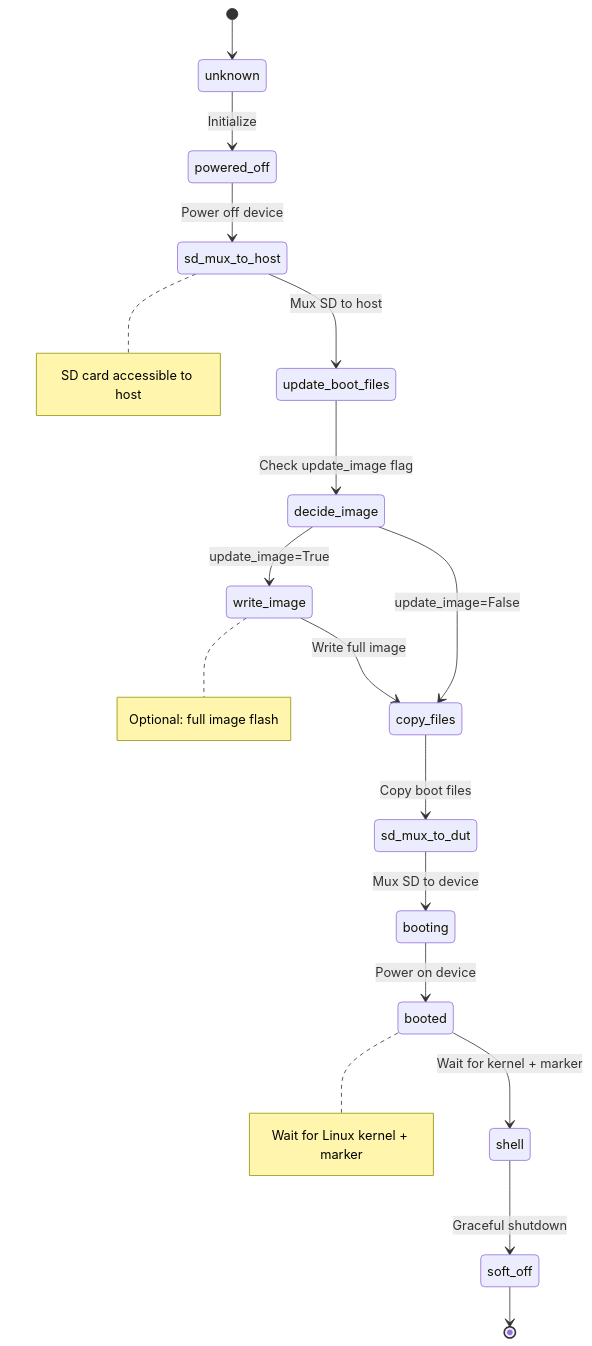
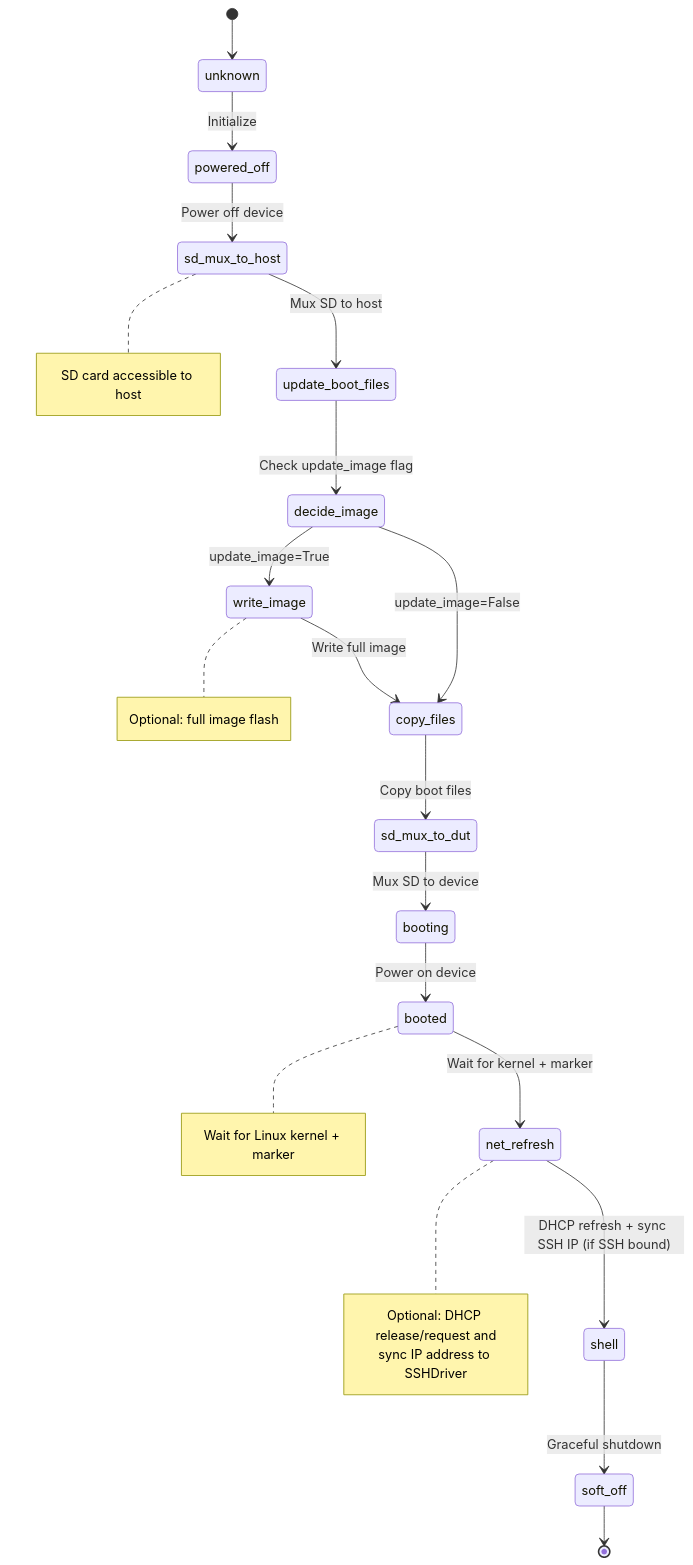
One commit to tfcollins/labgrid-plugins changed the first of 10 diagrams in docs/source/user-guide/strategies.rst. Above: the diagram before and after it, drawn with Mermaid. The commit also changed other lines of this file and 4 other files, not shown here.

```diff
--- a/docs/source/user-guide/strategies.rst
+++ b/docs/source/user-guide/strategies.rst
@@ -37,33 +37,39 @@
 .. mermaid::
 
    stateDiagram-v2
        [*] --> unknown
 
        unknown --> powered_off: Initialize
        powered_off --> sd_mux_to_host: Power off device
        sd_mux_to_host --> update_boot_files: Mux SD to host
 
        update_boot_files --> decide_image: Check update_image flag
        decide_image --> write_image: update_image=True
        decide_image --> copy_files: update_image=False
        write_image --> copy_files: Write full image
        copy_files --> sd_mux_to_dut: Copy boot files
 
        sd_mux_to_dut --> booting: Mux SD to device
        booting --> booted: Power on device
-       booted --> shell: Wait for kernel + marker
+       booted --> net_refresh: Wait for kernel + marker
+       net_refresh --> shell: DHCP refresh + sync SSH IP (if SSH bound)
 
        shell --> soft_off: Graceful shutdown
        soft_off --> [*]
 
        note right of sd_mux_to_host
            SD card accessible to host
        end note
 
        note right of write_image
            Optional: full image flash
        end note
 
        note right of booted
            Wait for Linux kernel + marker
        end note
+
+       note right of net_refresh
+           Optional: DHCP release/request and
+           sync IP address to SSHDriver
+       end note
```
